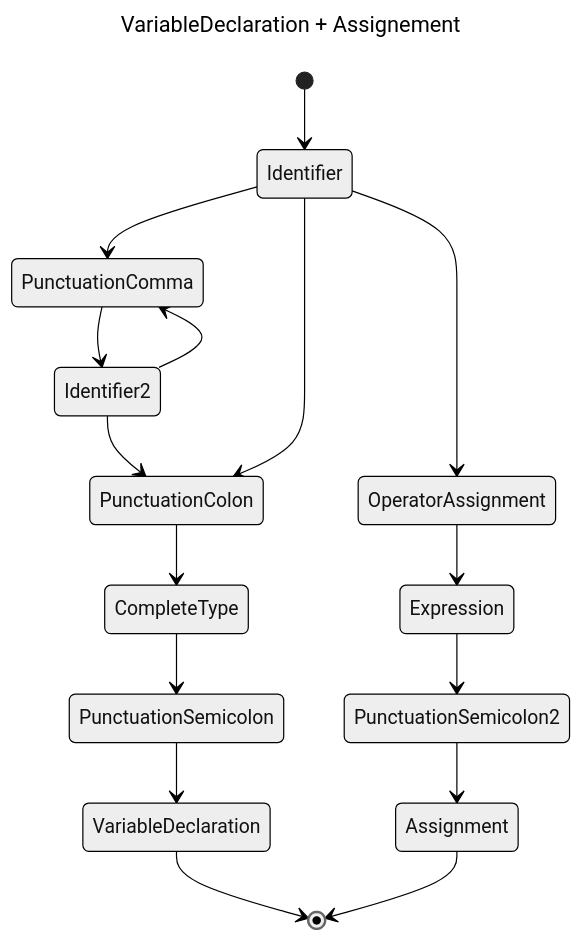
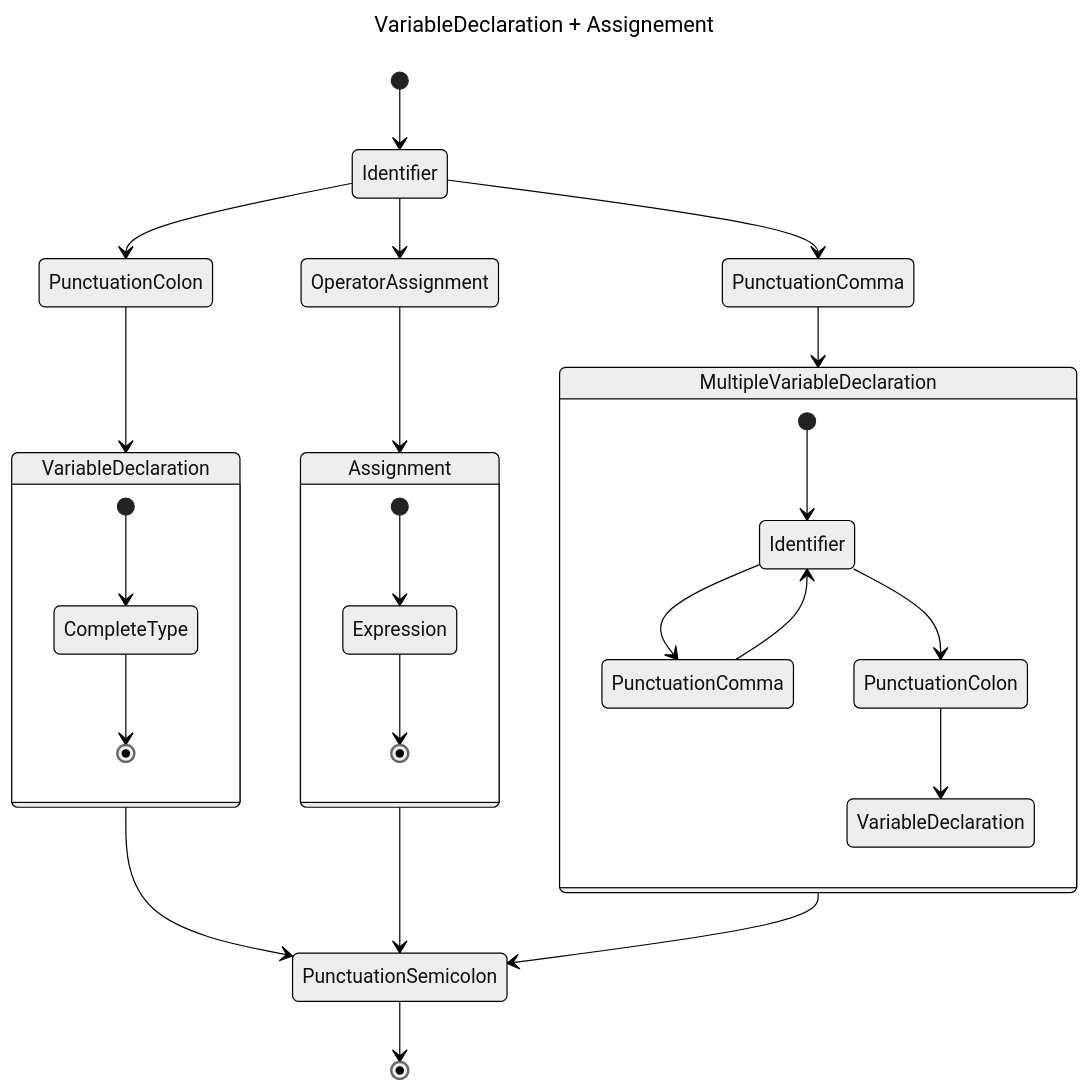
One commit to 5cover/psdc changed the first of 2 diagrams in docs/Parsing tree.md. Above: the diagram before and after it, drawn with Mermaid (neutral theme). The commit also changed other lines of this file and 17 other files, not shown here.

````diff
--- a/docs/Parsing tree.md
+++ b/docs/Parsing tree.md
@@ -3,22 +3,41 @@
 ```mermaid
 ---
 title: VariableDeclaration + Assignement
 ---
 stateDiagram-v2
 
 [*] --> Identifier
+Identifier --> OperatorAssignment
 Identifier --> PunctuationComma
-PunctuationComma --> Identifier2
-Identifier2 --> PunctuationColon 
-Identifier2 --> PunctuationComma 
 Identifier --> PunctuationColon
-PunctuationColon --> CompleteType
-CompleteType --> PunctuationSemicolon
-PunctuationSemicolon --> VariableDeclaration
-VariableDeclaration --> [*]
-Identifier --> OperatorAssignment
-OperatorAssignment --> Expression
-Expression --> PunctuationSemicolon2
-PunctuationSemicolon2 --> Assignment
-Assignment --> [*]
+OperatorAssignment --> Assignment
+PunctuationColon --> VariableDeclaration
+PunctuationComma --> MultipleVariableDeclaration
+
+state VariableDeclaration {
+    [*] --> CompleteType
+    CompleteType --> [*]
+}
+
+state MultipleVariableDeclaration {
+    ident : Identifier
+    comma : PunctuationComma
+    colon : PunctuationColon
+    vdecl : VariableDeclaration
+    [*] --> ident
+    ident --> comma
+    comma --> ident
+    ident --> colon
+    colon --> vdecl
+}
+
+state Assignment {
+    [*] --> Expression
+    Expression --> [*]
+}
+
+VariableDeclaration --> PunctuationSemicolon
+Assignment --> PunctuationSemicolon
+MultipleVariableDeclaration --> PunctuationSemicolon
+PunctuationSemicolon --> [*]
 ```
````
